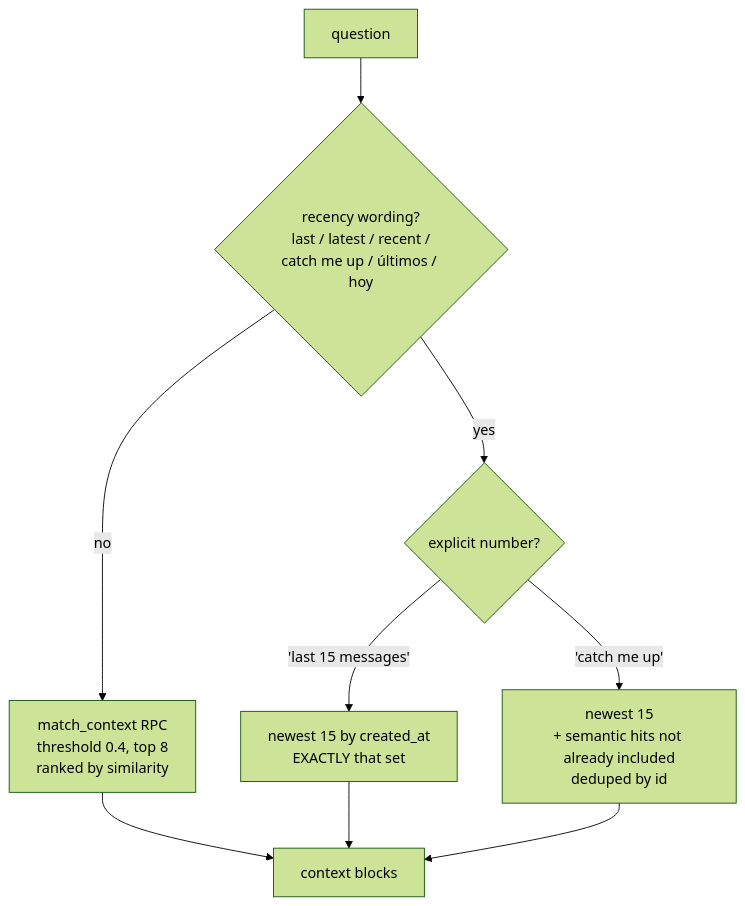
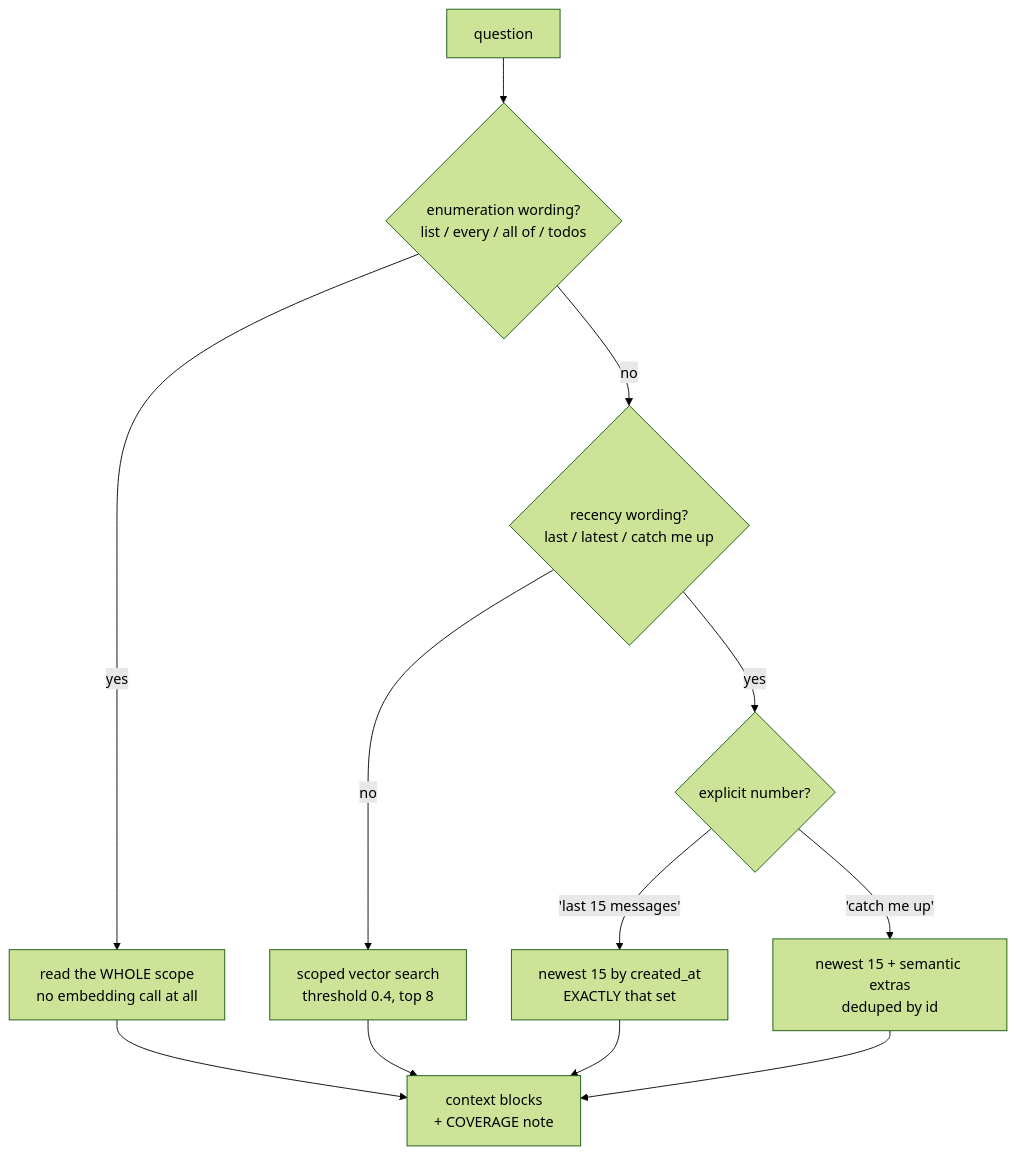
The fourth of 9 diagrams in docs/ARCHITECTURE.md (renzopalma-wlmd/wlmd), drawn with Mermaid (forest theme) before and after one commit. The commit also changed other lines of this file and 14 other files, not shown here.

````diff
--- a/docs/ARCHITECTURE.md
+++ b/docs/ARCHITECTURE.md
@@ -157,11 +181,14 @@
 ```mermaid
 flowchart TD
-  Q["question"] --> D{"recency wording?<br/>last / latest / recent /<br/>catch me up / últimos / hoy"}
-  D -->|no| SEM["match_context RPC<br/>threshold 0.4, top 8<br/>ranked by similarity"]
+  Q["question"] --> E{"enumeration wording?<br/>list / every / all of / todos"}
+  E -->|yes| EN["read the WHOLE scope<br/>no embedding call at all"]
+  E -->|no| D{"recency wording?<br/>last / latest / catch me up"}
+  D -->|no| SEM["scoped vector search<br/>threshold 0.4, top 8"]
   D -->|yes| C{"explicit number?"}
   C -->|"'last 15 messages'"| EX["newest 15 by created_at<br/>EXACTLY that set"]
-  C -->|"'catch me up'"| HY["newest 15<br/>+ semantic hits not already included<br/>deduped by id"]
-  SEM --> CTX["context blocks"]
+  C -->|"'catch me up'"| HY["newest 15 + semantic extras<br/>deduped by id"]
+  EN --> CTX["context blocks<br/>+ COVERAGE note"]
+  SEM --> CTX
   EX --> CTX
   HY --> CTX
 ```
````
